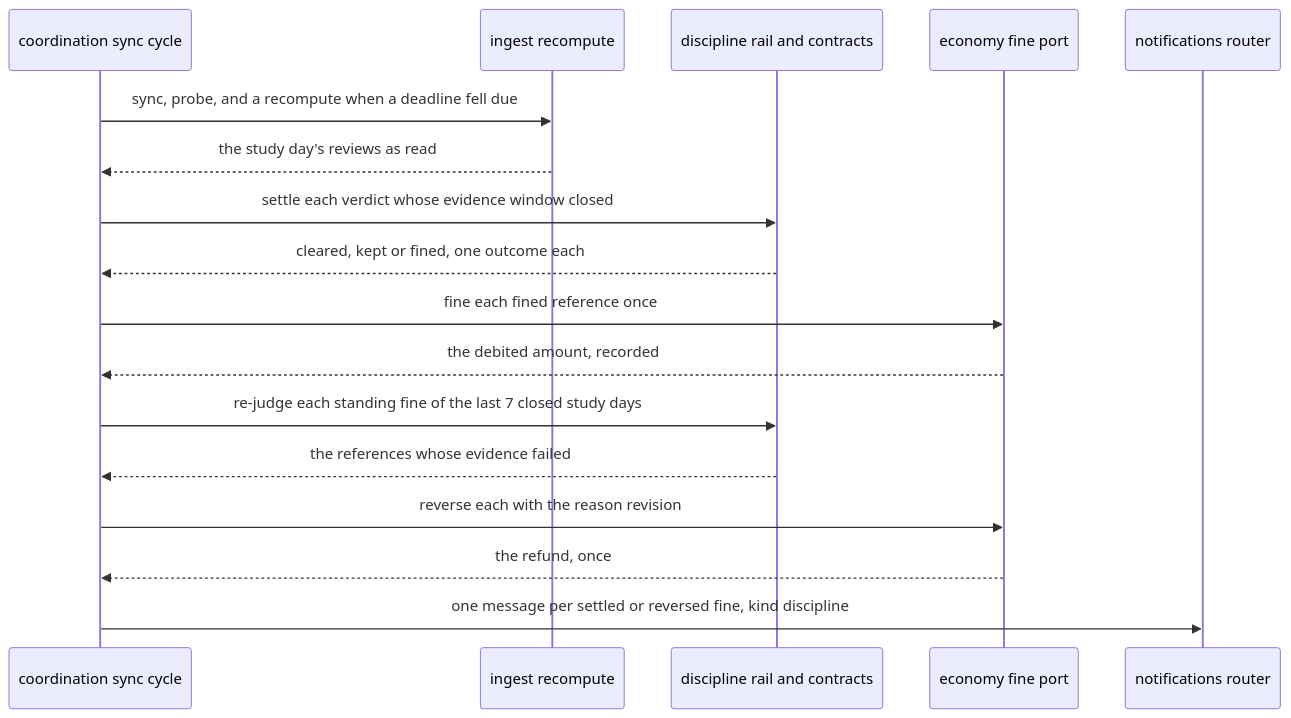
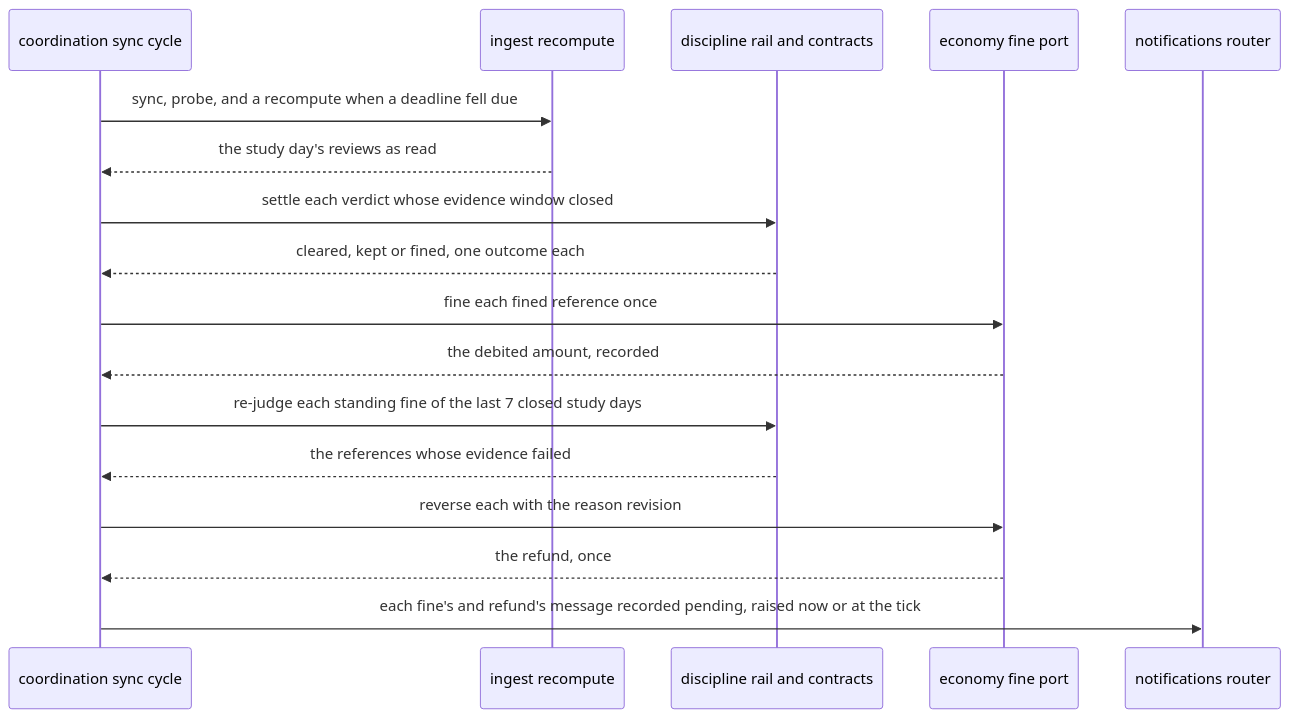
One commit to RexRenatus/deck-streak changed the second of 2 diagrams in docs/schematics/fine-verdict-and-refund.md. Above: the diagram before and after it, drawn with Mermaid. The commit also changed 6 other files, not shown here.

Commit message:
docs(plan): every rail step message and market raise takes the tick

````diff
--- a/docs/schematics/fine-verdict-and-refund.md
+++ b/docs/schematics/fine-verdict-and-refund.md
@@ -47,19 +47,19 @@
 ```mermaid
 sequenceDiagram
   participant G as coordination sync cycle
   participant I as ingest recompute
   participant D as discipline rail and contracts
   participant E as economy fine port
   participant R as notifications router
   G->>I: sync, probe, and a recompute when a deadline fell due
   I-->>G: the study day's reviews as read
   G->>D: settle each verdict whose evidence window closed
   D-->>G: cleared, kept or fined, one outcome each
   G->>E: fine each fined reference once
   E-->>G: the debited amount, recorded
   G->>D: re-judge each standing fine of the last 7 closed study days
   D-->>G: the references whose evidence failed
   G->>E: reverse each with the reason revision
   E-->>G: the refund, once
-  G->>R: one message per settled or reversed fine, kind discipline
+  G->>R: each fine's and refund's message recorded pending, raised now or at the tick
 ```
````
